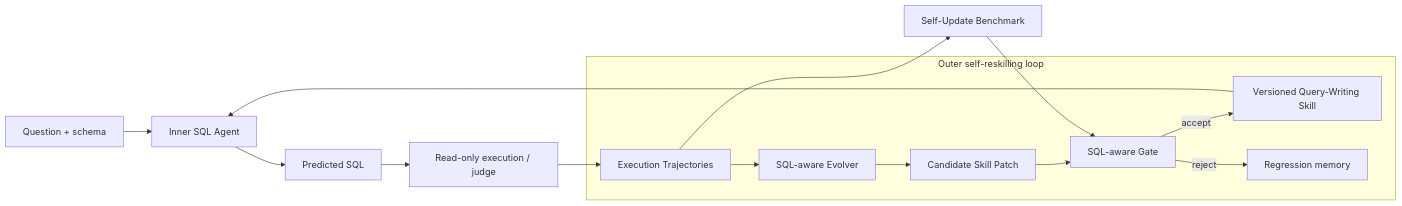
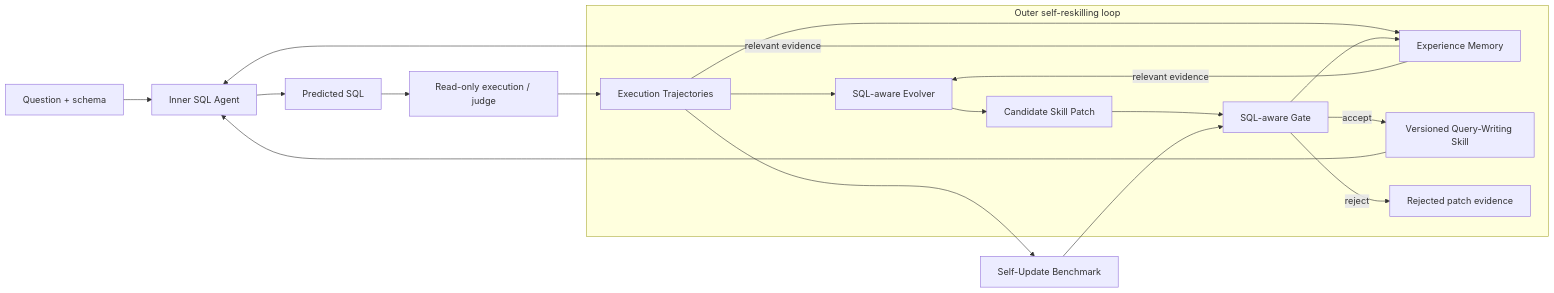
Before and after one commit to jxwfdpt42t-ship-it/ReskillSQL: the diagram in README.md, drawn with Mermaid. The commit also changed other lines of this file and 39 other files, not shown here.

Commit message:
feat: add MemRL-style experience memory

````diff
--- a/README.md
+++ b/README.md
@@ -82,19 +132,23 @@
 ```mermaid
 flowchart LR
     Q[Question + schema] --> IA[Inner SQL Agent]
+    M[Experience Memory] -->|relevant evidence| IA
     IA --> SQL[Predicted SQL]
     SQL --> J[Read-only execution / judge]
     J --> ET[Execution Trajectories]
 
     subgraph OuterLoop[Outer self-reskilling loop]
         ET --> EV[SQL-aware Evolver]
+        M -->|relevant evidence| EV
         EV --> CP[Candidate Skill Patch]
         CP --> G[SQL-aware Gate]
         G -->|accept| VS[Versioned Query-Writing Skill]
-        G -->|reject| RM[Regression memory]
+        G -->|reject| RP[Rejected patch evidence]
     end
 
     VS --> IA
+    ET --> M
+    G --> M
     ET --> SUB[Self-Update Benchmark]
     SUB --> G
 ```
````
